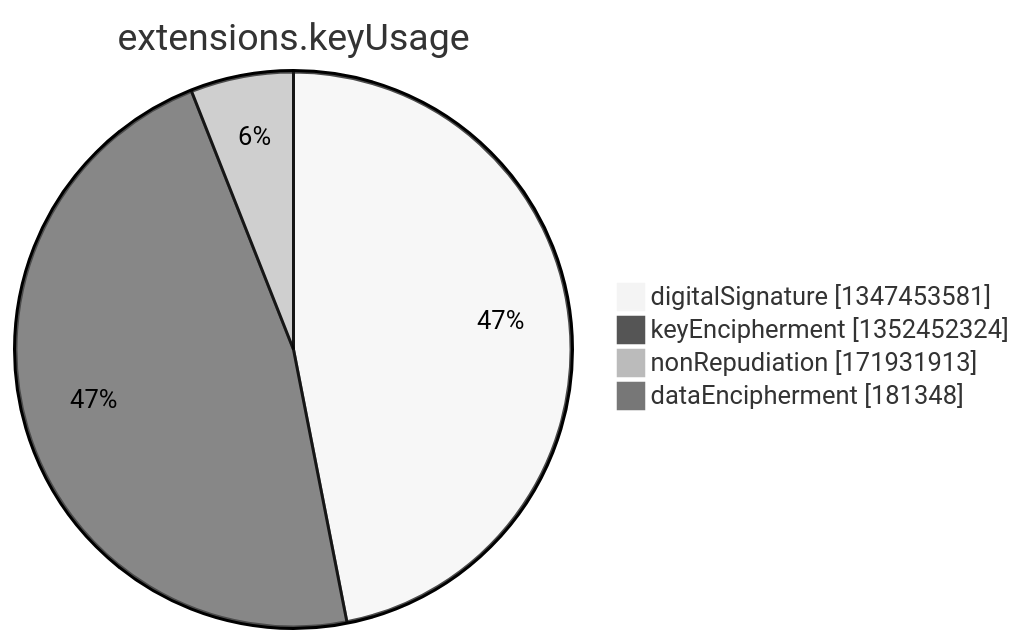
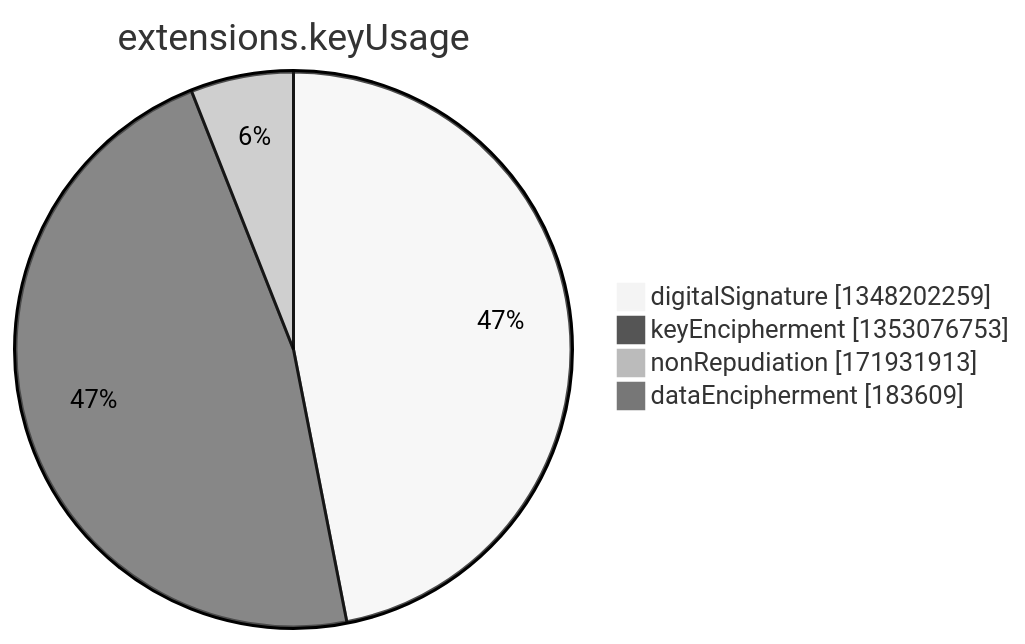
One commit to christiankrug/ctmonitor_visualization changed the seventh of 15 diagrams in argon2022/README.md. Above: the diagram before and after it, drawn with Mermaid (neutral theme). The commit also changed other lines of this file, not shown here.

````diff
--- a/argon2022/README.md
+++ b/argon2022/README.md
@@ -2750,8 +2750,8 @@
 ```mermaid
 pie showData
 title extensions.keyUsage
-"digitalSignature" :1347453581
-"keyEncipherment" :1352452324
+"digitalSignature" :1348202259
+"keyEncipherment" :1353076753
 "nonRepudiation" :171931913
-"dataEncipherment" :181348
+"dataEncipherment" :183609
 ```
````
